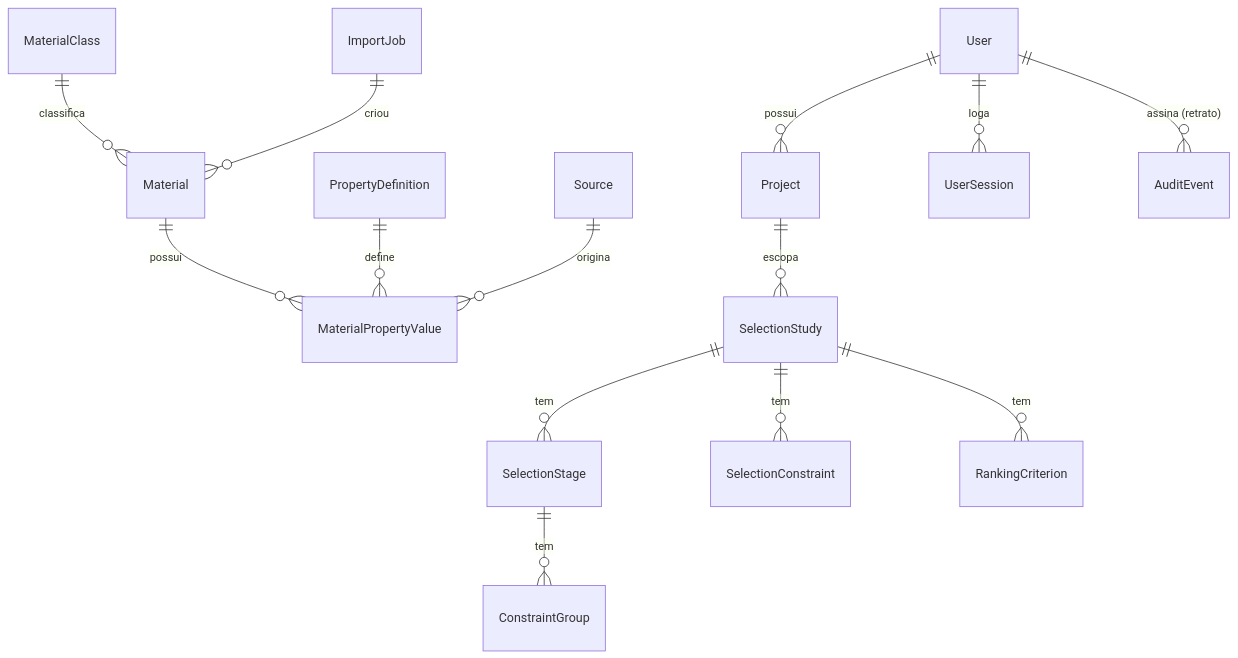
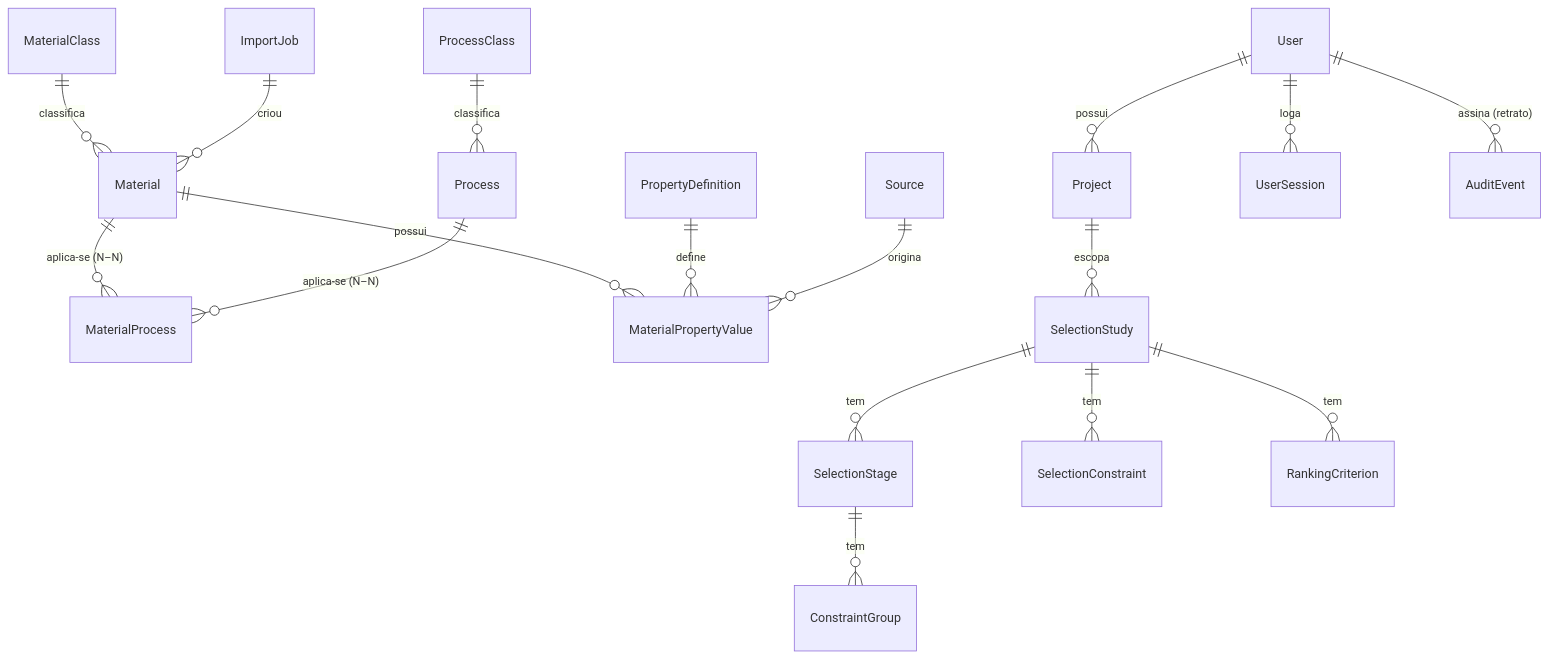
Before and after one commit to Streeft/MaterialSelect-AI: the seventh of 8 diagrams in docs/ARCHITECTURE.md, drawn with Mermaid. The commit also changed other lines of this file and 7 other files, not shown here.

````diff
--- a/docs/ARCHITECTURE.md
+++ b/docs/ARCHITECTURE.md
@@ -273,16 +273,19 @@
 ```mermaid
 erDiagram
   MaterialClass ||--o{ Material : classifica
+  ProcessClass ||--o{ Process : classifica
+  Material ||--o{ MaterialProcess : "aplica-se (N–N)"
+  Process ||--o{ MaterialProcess : "aplica-se (N–N)"
   Material ||--o{ MaterialPropertyValue : possui
   PropertyDefinition ||--o{ MaterialPropertyValue : define
   Source ||--o{ MaterialPropertyValue : origina
   ImportJob ||--o{ Material : criou
   User ||--o{ Project : possui
   User ||--o{ UserSession : loga
   Project ||--o{ SelectionStudy : escopa
   SelectionStudy ||--o{ SelectionStage : tem
   SelectionStage ||--o{ ConstraintGroup : tem
   SelectionStudy ||--o{ SelectionConstraint : tem
   SelectionStudy ||--o{ RankingCriterion : tem
   User ||--o{ AuditEvent : "assina (retrato)"
 ```
````
